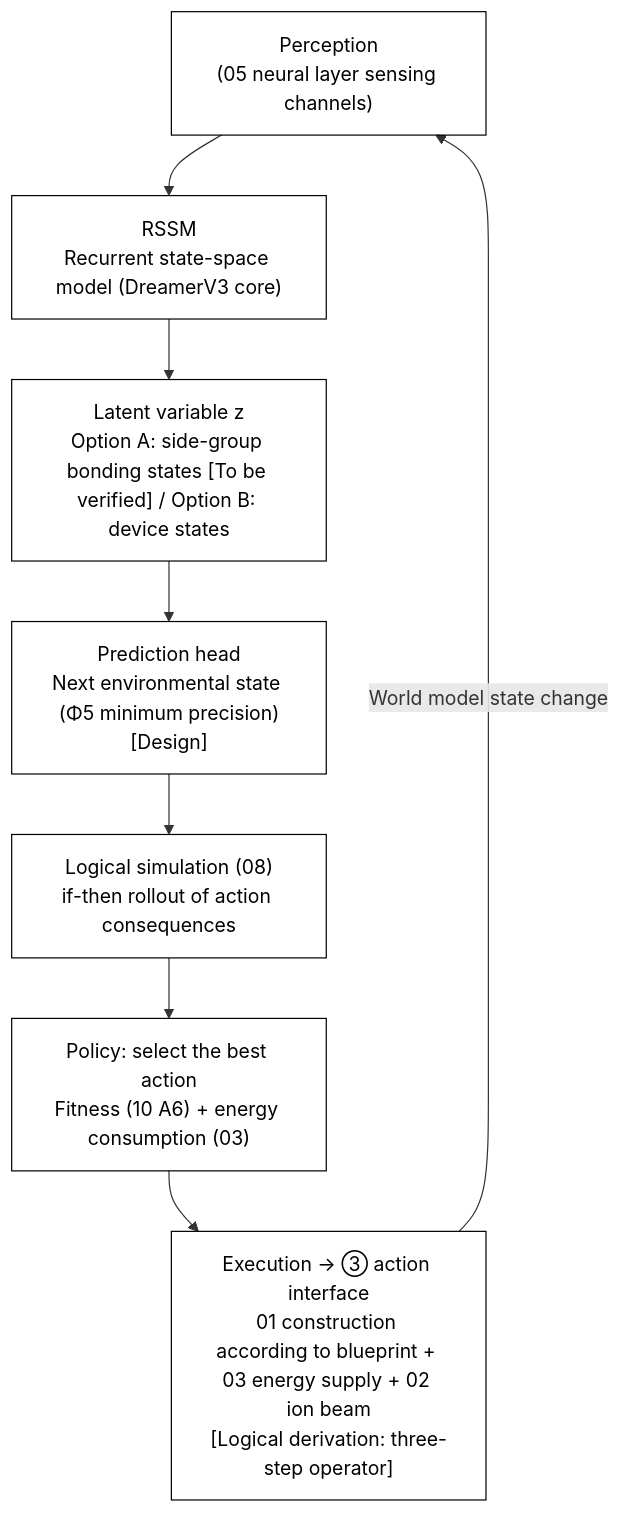
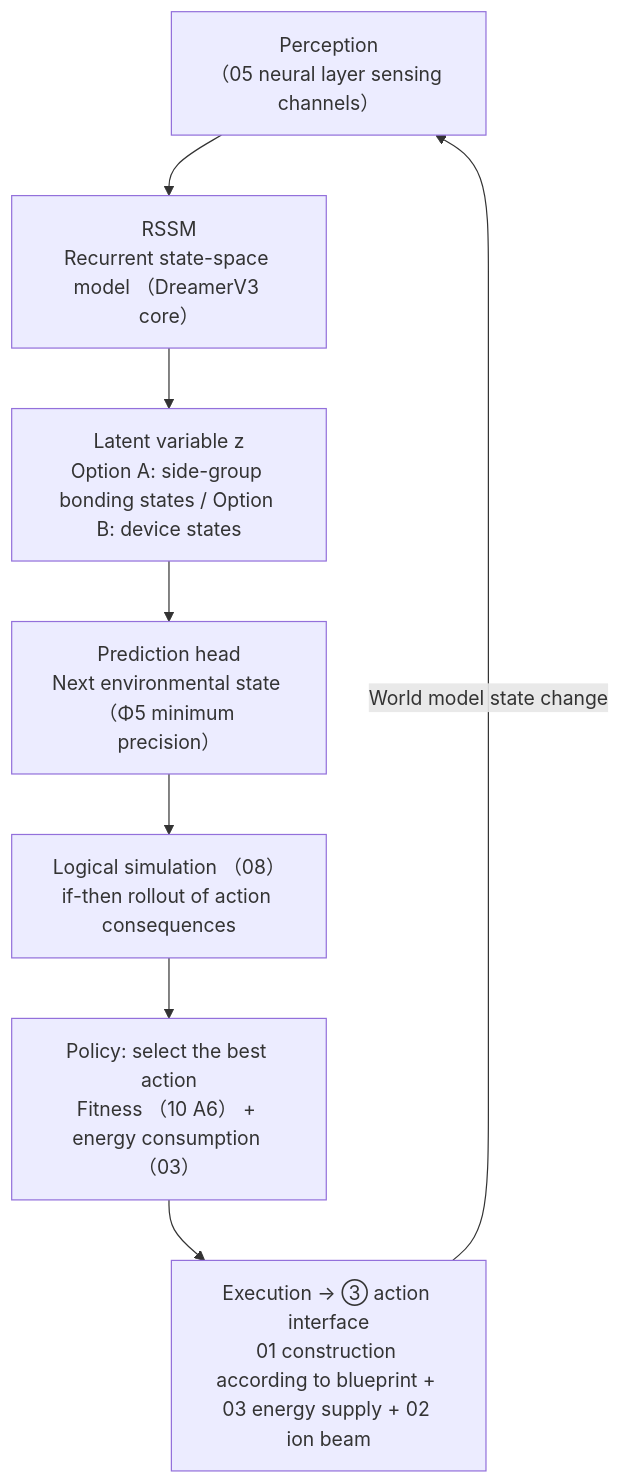
Before and after one commit to RichardASimon/Silicon-Biological-Blueprint: the first of 2 diagrams in en-US/06-World-Model.md, drawn with Mermaid. The commit also changed other lines of this file and 23 other files, not shown here.

First line of the commit message:
docs: repair all mermaid diagrams and add emergence mechanisms with literature

````diff
--- a/en-US/06-World-Model.md
+++ b/en-US/06-World-Model.md
@@ -168,21 +168,17 @@
 ```mermaid
 flowchart TB
-    S["Perception<br/>(05 neural layer sensing channels)<br/>"]
-    R["RSSM<br/>Recurrent state-space model (DreamerV3 core)<br/>"]
-    Z["Latent variable z<br/>Option A: side-group bonding states [To be verified] / Option B: device states "]
-    P["Prediction head<br/>Next environmental state (Φ5 minimum precision)<br/>[Design]"]
-    L["Logical simulation (08)<br/>if-then rollout of action consequences<br/>"]
-    P2["Policy: select the best action<br/>Fitness (10 A6) + energy consumption (03)<br/>"]
-    EX["Execution → ③ action interface<br/>01 construction according to blueprint + 03 energy supply + 02 ion beam<br/>[Logical derivation: three-step operator]"]
-
+    S["Perception<br/>（05 neural layer sensing channels）<br/>"]
+    R["RSSM<br/>Recurrent state-space model （DreamerV3 core）<br/>"]
+    Z["Latent variable z<br/>Option A: side-group bonding states / Option B: device states"]
+    P["Prediction head<br/>Next environmental state （Φ5 minimum precision）<br/>"]
+    L["Logical simulation （08）<br/>if-then rollout of action consequences<br/>"]
+    P2["Policy: select the best action<br/>Fitness （10 A6） + energy consumption （03）<br/>"]
+    EX["Execution → ③ action interface<br/>01 construction according to blueprint + 03 energy supply + 02 ion beam<br/>"]
     S --> R
     R --> Z
     Z --> P
     P --> L
     L --> P2
     P2 --> EX
     EX -->|World model state change| S
-
-    classDef box fill:transparent,stroke:currentColor,color:currentColor
-    class S,R,Z,P,L,P2,EX box
 ```
````
